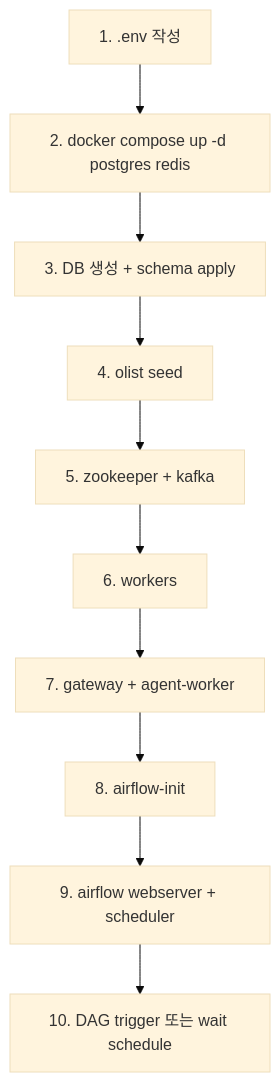
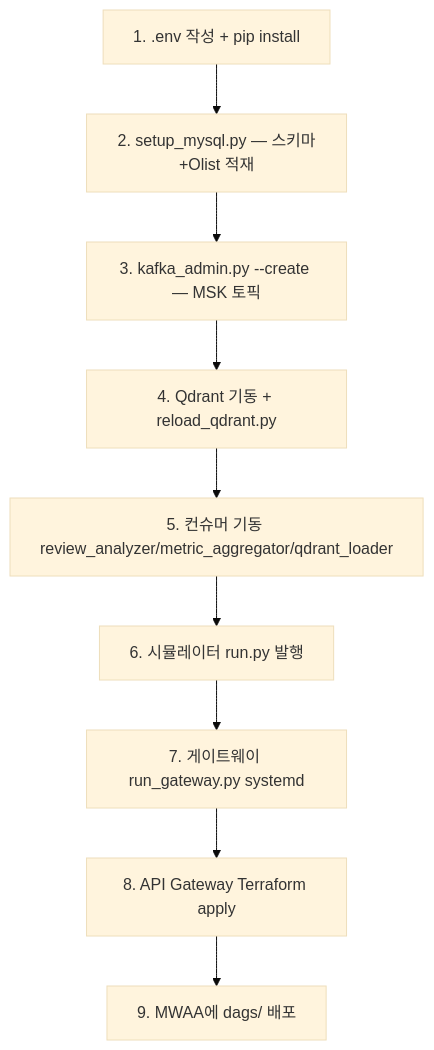
The diagram in docs/DEPLOYMENT.md (archdsp/AI_Commerce_Operation_Platform), drawn with Mermaid (base theme) before and after one commit. The commit also changed other lines of this file and 1 other file, not shown here.

First line of the commit message:
docs(arch/deploy): ARCHITECTURE·DEPLOYMENT 본문 실제 스택 재작성 (REALIGNED v2.0)

````diff
--- a/docs/DEPLOYMENT.md
+++ b/docs/DEPLOYMENT.md
@@ -113,12 +101,11 @@
 ```mermaid
 flowchart TD
-    A[1. .env 작성] --> B[2. docker compose up -d postgres redis]
-    B --> C[3. DB 생성 + schema apply]
-    C --> D[4. olist seed]
-    D --> E[5. zookeeper + kafka]
-    E --> F[6. workers]
-    F --> G[7. gateway + agent-worker]
-    G --> H[8. airflow-init]
-    H --> I[9. airflow webserver + scheduler]
-    I --> J[10. DAG trigger 또는 wait schedule]
+    A[1. .env 작성 + pip install] --> B[2. setup_mysql.py — 스키마+Olist 적재]
+    B --> C[3. kafka_admin.py --create — MSK 토픽]
+    C --> D[4. Qdrant 기동 + reload_qdrant.py]
+    D --> E[5. 컨슈머 기동 review_analyzer/metric_aggregator/qdrant_loader]
+    E --> F[6. 시뮬레이터 run.py 발행]
+    F --> G[7. 게이트웨이 run_gateway.py systemd]
+    G --> H[8. API Gateway Terraform apply]
+    H --> I[9. MWAA에 dags/ 배포]
 ```
````
